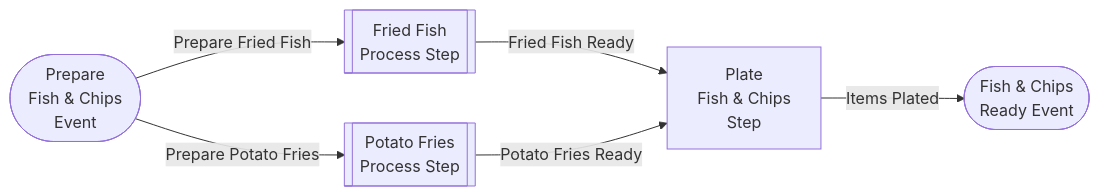
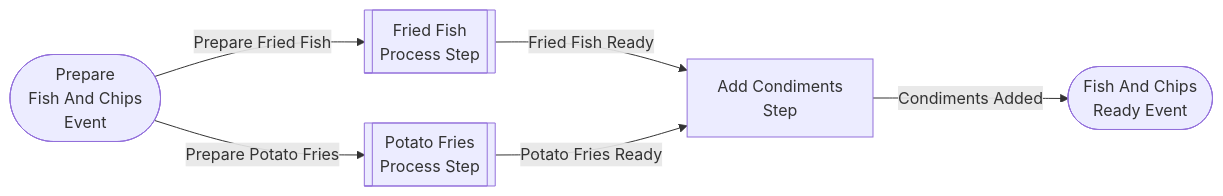
Before and after one commit to microsoft/semantic-kernel: the sixth of 7 diagrams in dotnet/samples/GettingStartedWithProcesses/README.md, drawn with Mermaid. The commit also changed other lines of this file and 5 other files, not shown here.

````diff
--- a/dotnet/samples/GettingStartedWithProcesses/README.md
+++ b/dotnet/samples/GettingStartedWithProcesses/README.md
@@ -124,13 +124,13 @@
 ``` mermaid
 flowchart LR
-    PrepareFishAndChipsEvent([Prepare <br/> Fish & Chips <br/> Event])
-    FishAndChipsReadyEvent([Fish & Chips <br/> Ready Event])
+    PrepareFishAndChipsEvent([Prepare <br/> Fish And Chips <br/> Event])
+    FishAndChipsReadyEvent([Fish And Chips <br/> Ready Event])
 
     FriedFishStep[[Fried Fish <br/> Process Step]]
     PotatoFriesStep[[Potato Fries  <br/> Process Step]]
-    PlateStep[Plate <br/> Fish & Chips <br/> Step ]
+    AddCondiments[Add Condiments <br/> Step ]
 
-    PrepareFishAndChipsEvent -->|Prepare Fried Fish| FriedFishStep --> |Fried Fish Ready| PlateStep
-    PrepareFishAndChipsEvent -->|Prepare Potato Fries| PotatoFriesStep -->|Potato Fries Ready| PlateStep
-    PlateStep -->|Items Plated| FishAndChipsReadyEvent
+    PrepareFishAndChipsEvent -->|Prepare Fried Fish| FriedFishStep --> |Fried Fish Ready| AddCondiments
+    PrepareFishAndChipsEvent -->|Prepare Potato Fries| PotatoFriesStep -->|Potato Fries Ready| AddCondiments
+    AddCondiments -->|Condiments Added| FishAndChipsReadyEvent
 ```
````
